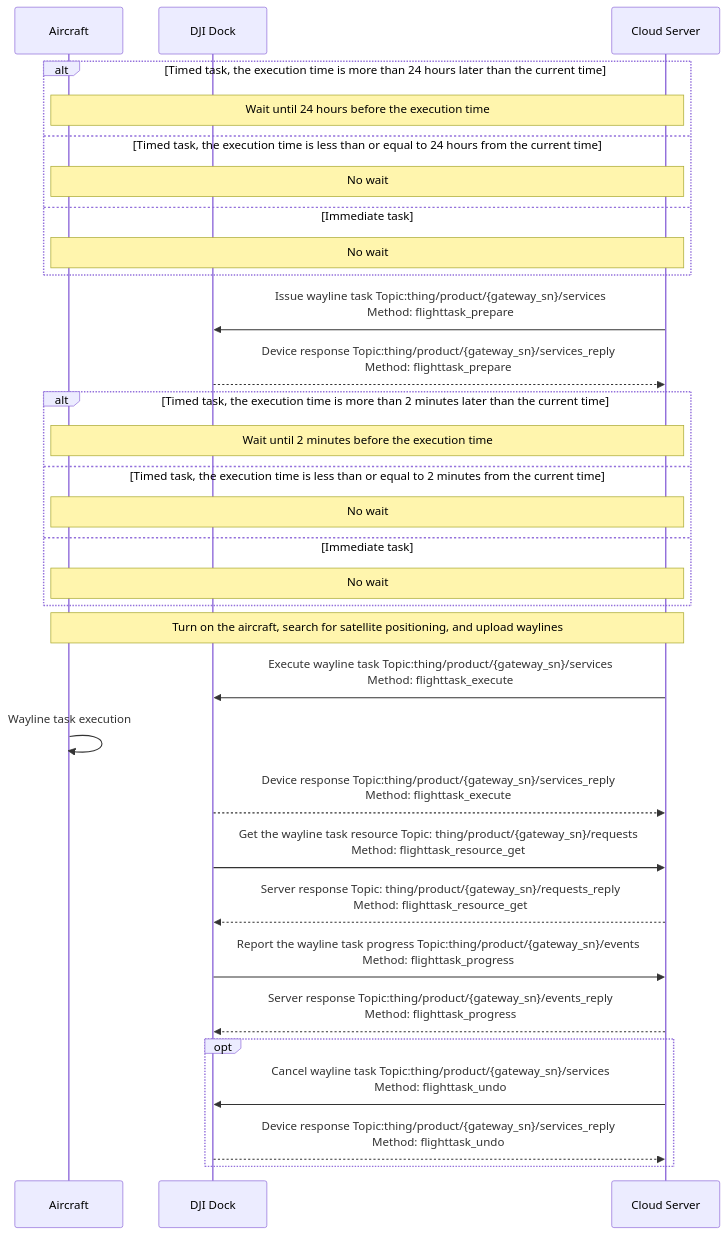
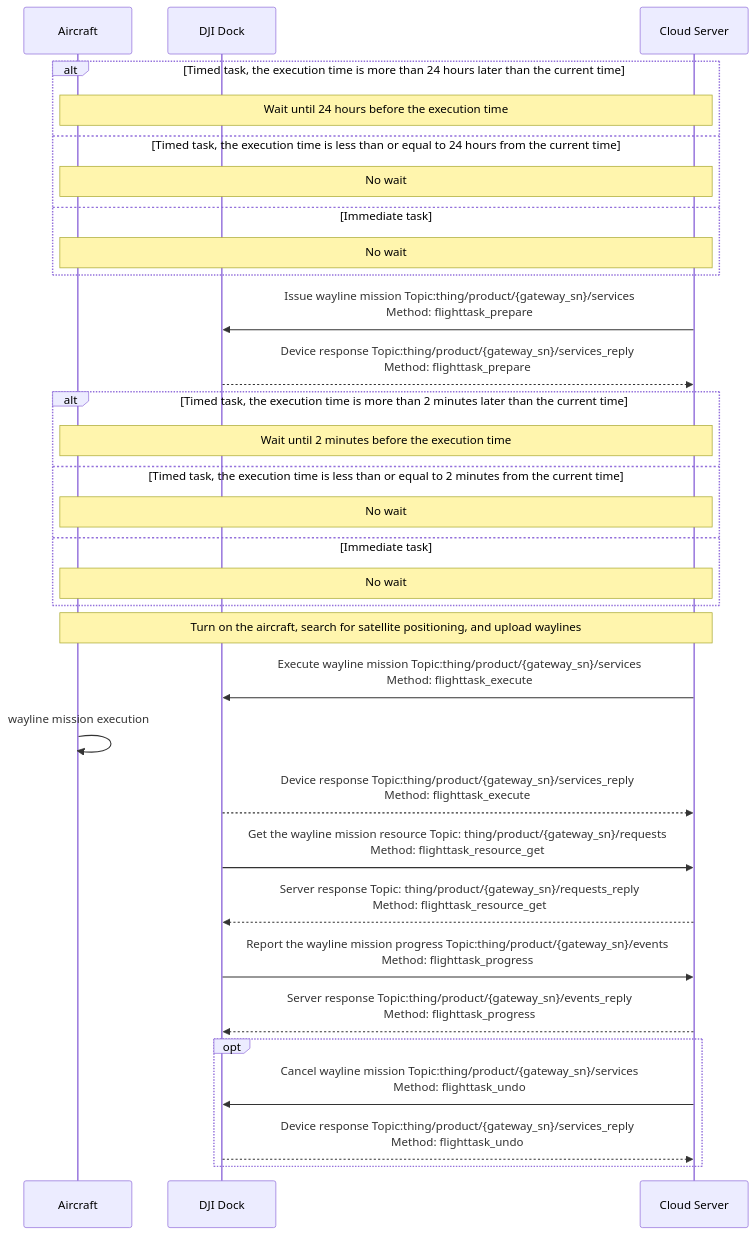
Before and after one commit to dji-sdk/Cloud-API-Doc: the first of 2 diagrams in docs/en/30.feature-set/20.dock-feature-set/50.dock-wayline-management.md, drawn with Mermaid. The commit also changed other lines of this file and 57 other files, not shown here.

````diff
--- a/docs/en/30.feature-set/20.dock-feature-set/50.dock-wayline-management.md
+++ b/docs/en/30.feature-set/20.dock-feature-set/50.dock-wayline-management.md
@@ -29,44 +35,44 @@
 ```mermaid
 sequenceDiagram
 
 participant object as Aircraft
 participant client  as DJI Dock
 participant server as Cloud Server
 
 alt Timed task, the execution time is more than 24 hours later than the current time
 note over object,server: Wait until 24 hours before the execution time
 else Timed task, the execution time is less than or equal to 24 hours from the current time
 note over object,server: No wait
 else Immediate task
 note over object,server: No wait
 end
 
-server ->> client: Issue wayline task Topic:thing/product/{gateway_sn}/services<br/>Method: flighttask_prepare
+server ->> client: Issue wayline mission Topic:thing/product/{gateway_sn}/services<br/>Method: flighttask_prepare
 client -->> server: Device response Topic:thing/product/{gateway_sn}/services_reply<br/>Method: flighttask_prepare
 
 alt Timed task, the execution time is more than 2 minutes later than the current time
 note over object,server: Wait until 2 minutes before the execution time
 else Timed task, the execution time is less than or equal to 2 minutes from the current time
 note over object,server: No wait
 else Immediate task
 note over object,server: No wait
 end
 
 note over object,server: Turn on the aircraft, search for satellite positioning, and upload waylines
-server ->> client: Execute wayline task Topic:thing/product/{gateway_sn}/services<br/>Method: flighttask_execute
-object ->> object: Wayline task execution
+server ->> client: Execute wayline mission Topic:thing/product/{gateway_sn}/services<br/>Method: flighttask_execute
+object ->> object: wayline mission execution
 client -->> server: Device response Topic:thing/product/{gateway_sn}/services_reply<br/>Method: flighttask_execute
 
 
-client ->> server: Get the wayline task resource Topic: thing/product/{gateway_sn}/requests<br/>Method: flighttask_resource_get
+client ->> server: Get the wayline mission resource Topic: thing/product/{gateway_sn}/requests<br/>Method: flighttask_resource_get
 server -->> client: Server response Topic: thing/product/{gateway_sn}/requests_reply<br/>Method: flighttask_resource_get
 
 
-client ->> server: Report the wayline task progress Topic:thing/product/{gateway_sn}/events<br/>Method: flighttask_progress
+client ->> server: Report the wayline mission progress Topic:thing/product/{gateway_sn}/events<br/>Method: flighttask_progress
 server -->> client: Server response Topic:thing/product/{gateway_sn}/events_reply<br/>Method: flighttask_progress
 
 opt
-server ->> client: Cancel wayline task Topic:thing/product/{gateway_sn}/services<br/>Method: flighttask_undo
+server ->> client: Cancel wayline mission Topic:thing/product/{gateway_sn}/services<br/>Method: flighttask_undo
 client -->> server: Device response Topic:thing/product/{gateway_sn}/services_reply<br/>Method: flighttask_undo
 end
 ```
````
